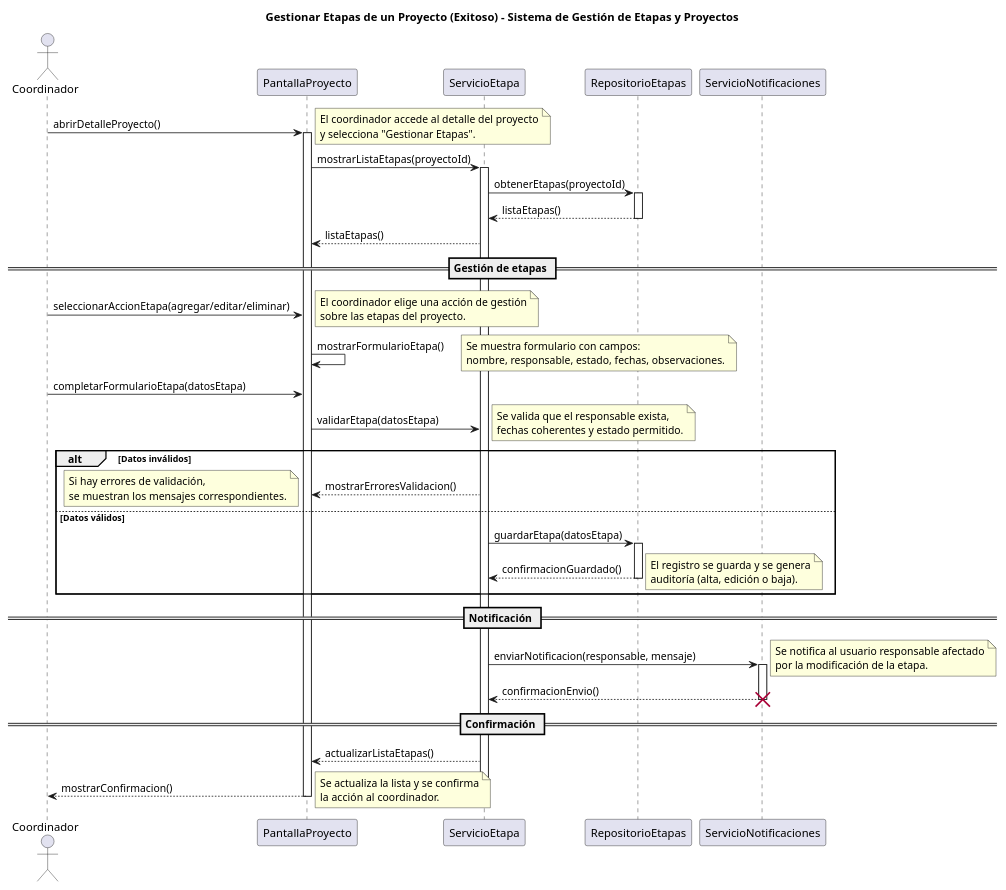
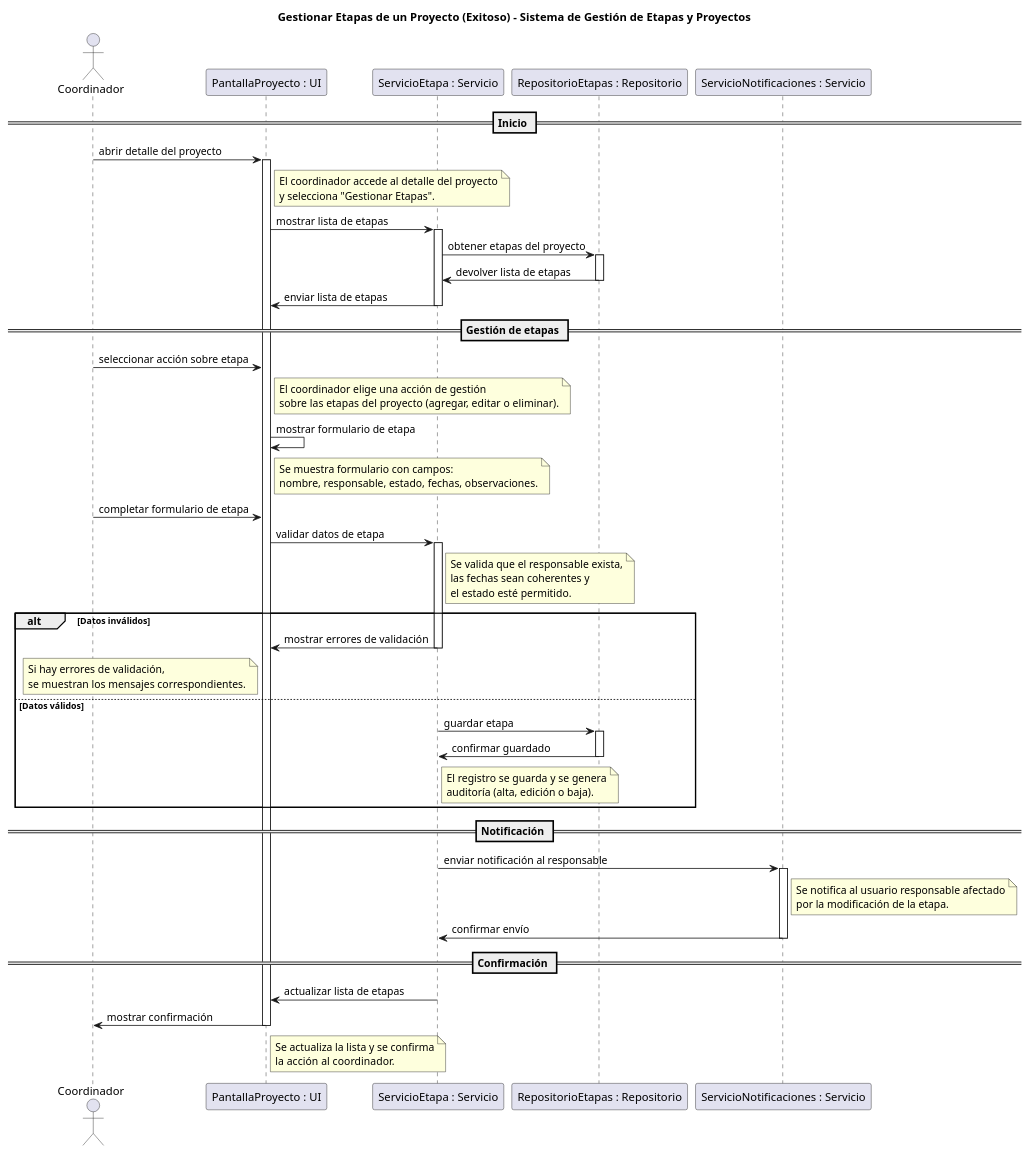
The diagram in diagramas/05-diagramas-secuencia/05-gestionar-etapas-gestionar-etapas-de-un-proyecto-exitoso-02.puml (GonzaloBarbano/SistemaProductoraVideos), drawn with PlantUML before and after one commit. The commit also changed other lines of this file and 9 other files, not shown here.

Commit message:
Correcion de errores en los diagramas de secuencia

```diff
--- a/diagramas/05-diagramas-secuencia/05-gestionar-etapas-gestionar-etapas-de-un-proyecto-exitoso-02.puml
+++ b/diagramas/05-diagramas-secuencia/05-gestionar-etapas-gestionar-etapas-de-un-proyecto-exitoso-02.puml
@@ -1,59 +1,89 @@
 @startuml
 title Gestionar Etapas de un Proyecto (Exitoso) - Sistema de Gestión de Etapas y Proyectos
 
 actor Coordinador
-participant PantallaProyecto
-participant ServicioEtapa
-participant RepositorioEtapas
-participant ServicioNotificaciones
+participant "PantallaProyecto : UI" as PantallaProyecto
+participant "ServicioEtapa : Servicio" as ServicioEtapa
+participant "RepositorioEtapas : Repositorio" as RepositorioEtapas
+participant "ServicioNotificaciones : Servicio" as ServicioNotificaciones
 
+== Inicio ==
+Coordinador -> PantallaProyecto : abrir detalle del proyecto
+activate PantallaProyecto
+note right of PantallaProyecto
+El coordinador accede al detalle del proyecto
+y selecciona "Gestionar Etapas".
+end note
 
-Coordinador -> PantallaProyecto : abrirDetalleProyecto()
-activate PantallaProyecto
-note right: El coordinador accede al detalle del proyecto\ny selecciona "Gestionar Etapas".
-
-PantallaProyecto -> ServicioEtapa : mostrarListaEtapas(proyectoId)
+PantallaProyecto -> ServicioEtapa : mostrar lista de etapas
 activate ServicioEtapa
-ServicioEtapa -> RepositorioEtapas : obtenerEtapas(proyectoId)
+ServicioEtapa -> RepositorioEtapas : obtener etapas del proyecto
 activate RepositorioEtapas
-RepositorioEtapas --> ServicioEtapa : listaEtapas()
+RepositorioEtapas -> ServicioEtapa : devolver lista de etapas
 deactivate RepositorioEtapas
-ServicioEtapa --> PantallaProyecto : listaEtapas()
+ServicioEtapa -> PantallaProyecto : enviar lista de etapas
+deactivate ServicioEtapa
 
 == Gestión de etapas ==
-Coordinador -> PantallaProyecto : seleccionarAccionEtapa(agregar/editar/eliminar)
-note right: El coordinador elige una acción de gestión\nsobre las etapas del proyecto.
+Coordinador -> PantallaProyecto : seleccionar acción sobre etapa
+note right of PantallaProyecto
+El coordinador elige una acción de gestión
+sobre las etapas del proyecto (agregar, editar o eliminar).
+end note
 
-PantallaProyecto -> PantallaProyecto : mostrarFormularioEtapa()
-note right: Se muestra formulario con campos:\nnombre, responsable, estado, fechas, observaciones.
+PantallaProyecto -> PantallaProyecto : mostrar formulario de etapa
+note right of PantallaProyecto
+Se muestra formulario con campos:
+nombre, responsable, estado, fechas, observaciones.
+end note
 
-Coordinador -> PantallaProyecto : completarFormularioEtapa(datosEtapa)
-PantallaProyecto -> ServicioEtapa : validarEtapa(datosEtapa)
-note right: Se valida que el responsable exista,\nfechas coherentes y estado permitido.
+Coordinador -> PantallaProyecto : completar formulario de etapa
+PantallaProyecto -> ServicioEtapa : validar datos de etapa
+activate ServicioEtapa
+note right of ServicioEtapa
+Se valida que el responsable exista,
+las fechas sean coherentes y
+el estado esté permitido.
+end note
 
 alt Datos inválidos
-  ServicioEtapa --> PantallaProyecto : mostrarErroresValidacion()
-  note left: Si hay errores de validación,\nse muestran los mensajes correspondientes.
+    ServicioEtapa -> PantallaProyecto : mostrar errores de validación
+    note left of PantallaProyecto
+Si hay errores de validación,
+se muestran los mensajes correspondientes.
+end note
+    deactivate ServicioEtapa
+
 else Datos válidos
-  ServicioEtapa -> RepositorioEtapas : guardarEtapa(datosEtapa)
-  activate RepositorioEtapas
-  RepositorioEtapas --> ServicioEtapa : confirmacionGuardado()
-  deactivate RepositorioEtapas
-  note right: El registro se guarda y se genera\nauditoría (alta, edición o baja).
+    ServicioEtapa -> RepositorioEtapas : guardar etapa
+    activate RepositorioEtapas
+    RepositorioEtapas -> ServicioEtapa : confirmar guardado
+    deactivate RepositorioEtapas
+    note right of ServicioEtapa
+El registro se guarda y se genera
+auditoría (alta, edición o baja).
+end note
 end
 
 == Notificación ==
-ServicioEtapa -> ServicioNotificaciones : enviarNotificacion(responsable, mensaje)
+ServicioEtapa -> ServicioNotificaciones : enviar notificación al responsable
 activate ServicioNotificaciones
-note right: Se notifica al usuario responsable afectado\npor la modificación de la etapa.
-ServicioNotificaciones --> ServicioEtapa : confirmacionEnvio()
-destroy ServicioNotificaciones
+note right of ServicioNotificaciones
+Se notifica al usuario responsable afectado
+por la modificación de la etapa.
+end note
+ServicioNotificaciones -> ServicioEtapa : confirmar envío
+deactivate ServicioNotificaciones
 
 == Confirmación ==
-ServicioEtapa --> PantallaProyecto : actualizarListaEtapas()
-PantallaProyecto --> Coordinador : mostrarConfirmacion()
-note right: Se actualiza la lista y se confirma\nla acción al coordinador.
+ServicioEtapa -> PantallaProyecto : actualizar lista de etapas
+PantallaProyecto -> Coordinador : mostrar confirmación
+note right of PantallaProyecto
+Se actualiza la lista y se confirma
+la acción al coordinador.
+end note
 
 deactivate ServicioEtapa
 deactivate PantallaProyecto
+
 @enduml
```
